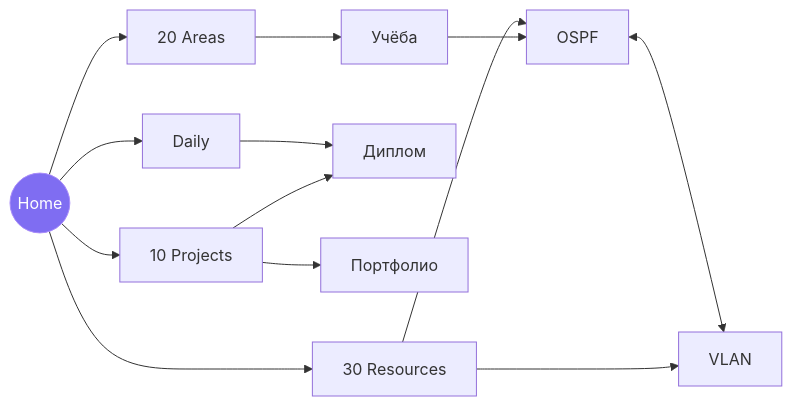
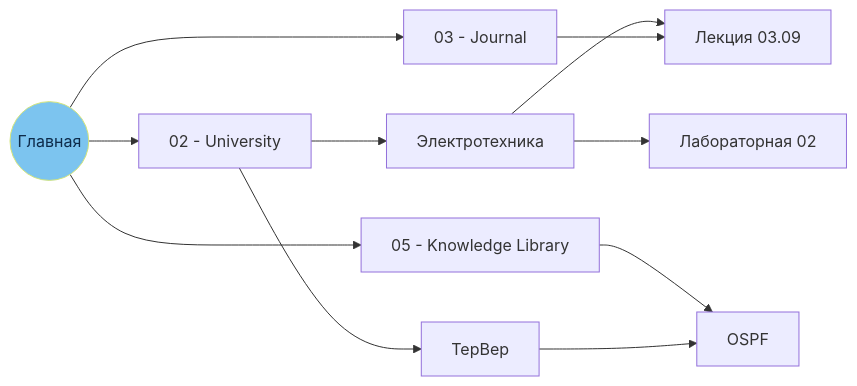
Before and after one commit to mitaro-cs/obsidian: the diagram in README.md, drawn with Mermaid. The commit also changed other lines of this file and 3 other files, not shown here.

````diff
--- a/README.md
+++ b/README.md
@@ -157,17 +139,15 @@
 ```mermaid
 graph LR
-  H((Home)):::hub
-  H --> P[10 Projects]
-  H --> A[20 Areas]
-  H --> R[30 Resources]
-  H --> D[Daily]
-  P --> P1[Диплом]
-  P --> P2[Портфолио]
-  A --> A1[Учёба]
-  A1 --> R1[OSPF]
-  R --> R1
-  R --> R2[VLAN]
-  R1 <--> R2
-  D --> P1
-  classDef hub fill:#7f6df2,stroke:#a88bfa,color:#fff
+  H((Главная)):::hub
+  H --> U[02 - University]
+  H --> J[03 - Journal]
+  H --> K[05 - Knowledge Library]
+  U --> E[Электротехника]
+  U --> T[ТерВер]
+  E --> L1[Лекция 03.09]
+  E --> L2[Лабораторная 02]
+  J --> L1
+  K --> O[OSPF]
+  T --> O
+  classDef hub fill:#7cc4ef,stroke:#d4e57b,color:#0d2b4a
 ```
````
